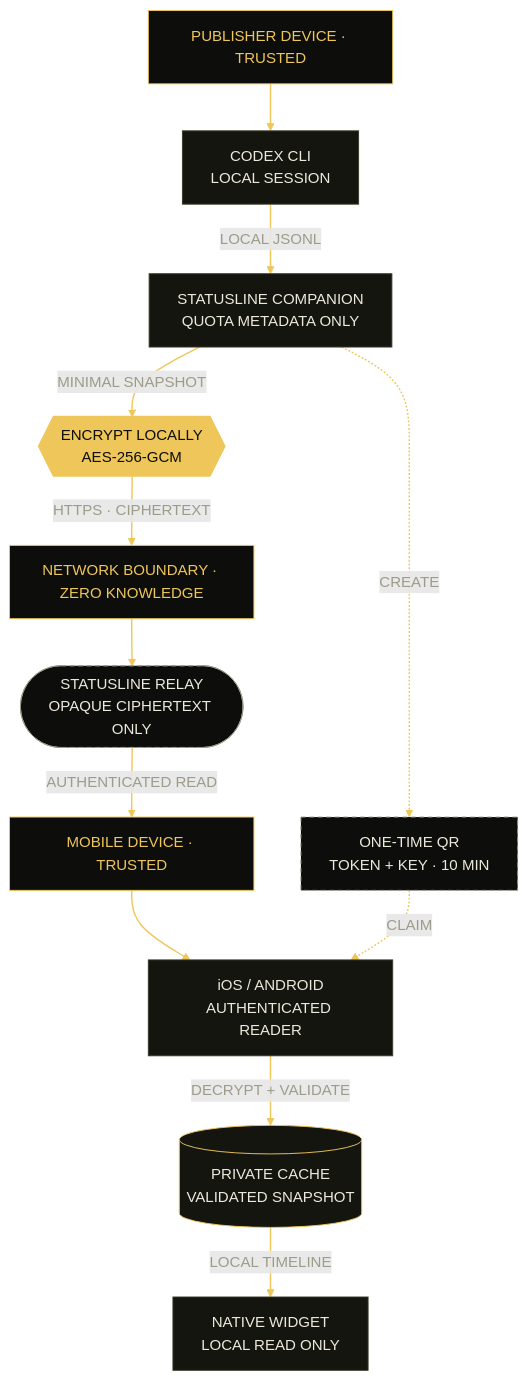
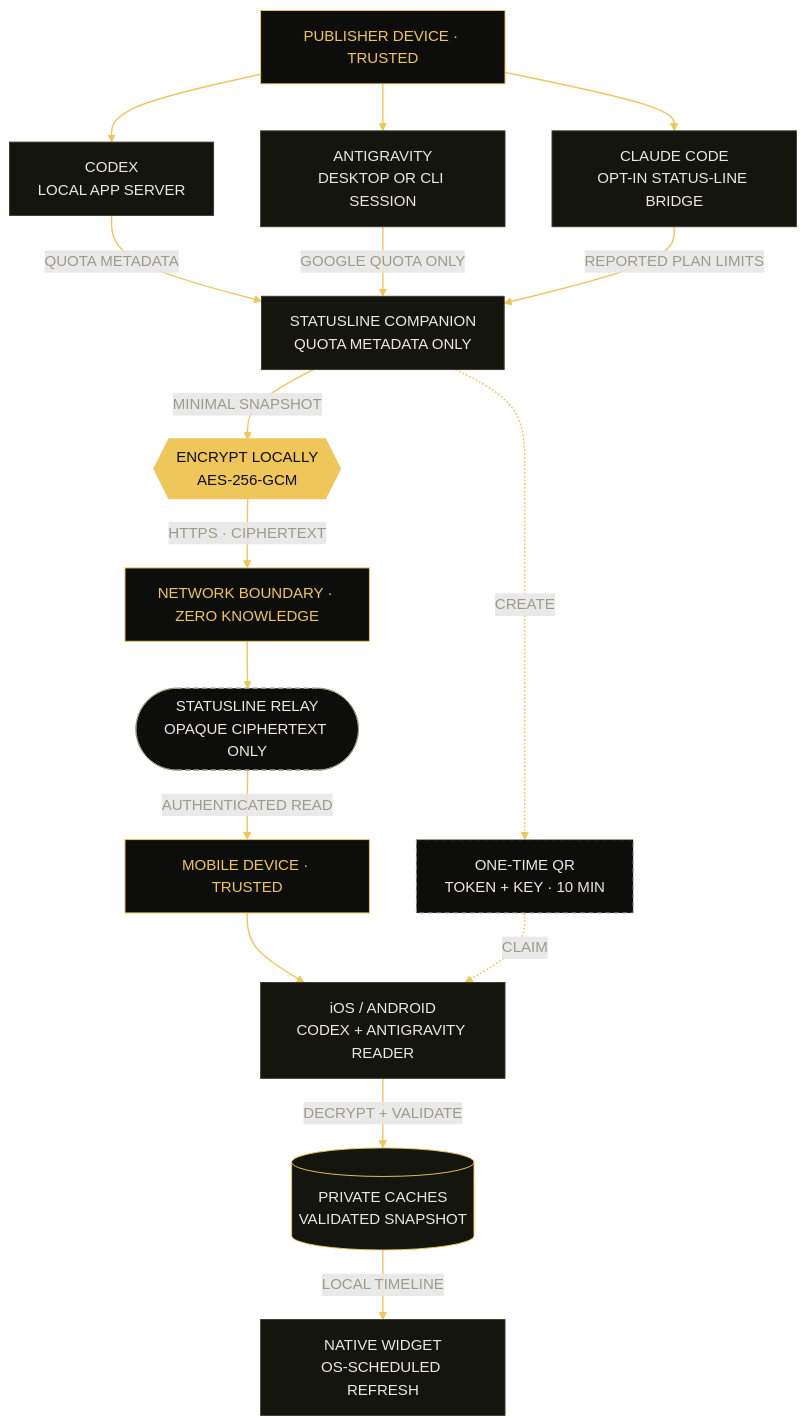
Before and after one commit to arvivares/statusline: the diagram in README.md, drawn with Mermaid. The commit also changed other lines of this file and 18 other files, not shown here.

Commit message:
feat(web): present Codex, Antigravity and Claude Code support

````diff
--- a/README.md
+++ b/README.md
@@ -160,39 +185,45 @@
 ```mermaid
 flowchart TB
     publisher["PUBLISHER DEVICE · TRUSTED"]
-    codex["CODEX CLI<br/>LOCAL SESSION"]
+    codex["CODEX<br/>LOCAL APP SERVER"]
+    agy["ANTIGRAVITY<br/>DESKTOP OR CLI SESSION"]
+    claude["CLAUDE CODE<br/>OPT-IN STATUS-LINE BRIDGE"]
     companion["STATUSLINE COMPANION<br/>QUOTA METADATA ONLY"]
     crypto{{"ENCRYPT LOCALLY<br/>AES-256-GCM"}}
     transport["NETWORK BOUNDARY · ZERO KNOWLEDGE"]
     relay(["STATUSLINE RELAY<br/>OPAQUE CIPHERTEXT ONLY"])
     reader["MOBILE DEVICE · TRUSTED"]
-    mobile["iOS / ANDROID<br/>AUTHENTICATED READER"]
-    cache[("PRIVATE CACHE<br/>VALIDATED SNAPSHOT")]
-    widget["NATIVE WIDGET<br/>LOCAL READ ONLY"]
+    mobile["iOS / ANDROID<br/>CODEX + ANTIGRAVITY READER"]
+    cache[("PRIVATE CACHES<br/>VALIDATED SNAPSHOT")]
+    widget["NATIVE WIDGET<br/>OS-SCHEDULED REFRESH"]
     pairing["ONE-TIME QR<br/>TOKEN + KEY · 10 MIN"]
 
     publisher --> codex
-    codex -->|"LOCAL JSONL"| companion
+    publisher --> agy
+    publisher --> claude
+    codex -->|"QUOTA METADATA"| companion
+    agy -->|"GOOGLE QUOTA ONLY"| companion
+    claude -->|"REPORTED PLAN LIMITS"| companion
     companion -->|"MINIMAL SNAPSHOT"| crypto
     crypto -->|"HTTPS · CIPHERTEXT"| transport
     transport --> relay
     relay -->|"AUTHENTICATED READ"| reader
     reader --> mobile
     mobile -->|"DECRYPT + VALIDATE"| cache
     cache -->|"LOCAL TIMELINE"| widget
     companion -.->|"CREATE"| pairing
     pairing -.->|"CLAIM"| mobile
 
     classDef boundary fill:#0D0E0B,stroke:#EFC65A,color:#EFC65A,stroke-width:1px
     classDef panel fill:#14150F,stroke:#3B3929,color:#ECE9DC,stroke-width:1px
     classDef signal fill:#EFC65A,stroke:#EFC65A,color:#0D0E0B,stroke-width:2px
     classDef gateway fill:#0D0E0B,stroke:#9D9B89,color:#ECE9DC,stroke-width:1px,stroke-dasharray:5 4
     classDef storage fill:#14150F,stroke:#EFC65A,color:#ECE9DC,stroke-width:1px
 
     class publisher,transport,reader boundary
-    class codex,companion,mobile,widget panel
+    class codex,agy,claude,companion,mobile,widget panel
     class crypto signal
     class relay,pairing gateway
     class cache storage
     linkStyle default stroke:#EFC65A,color:#9D9B89,stroke-width:1.5px
 ```
````
